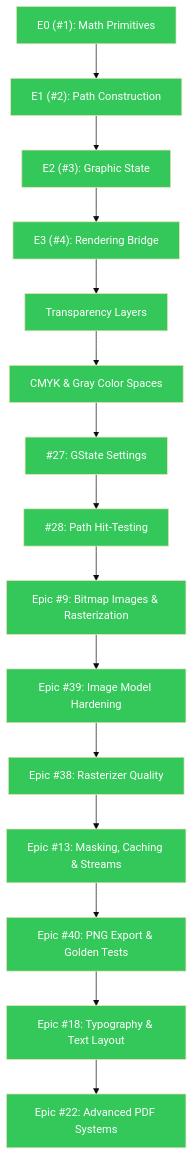
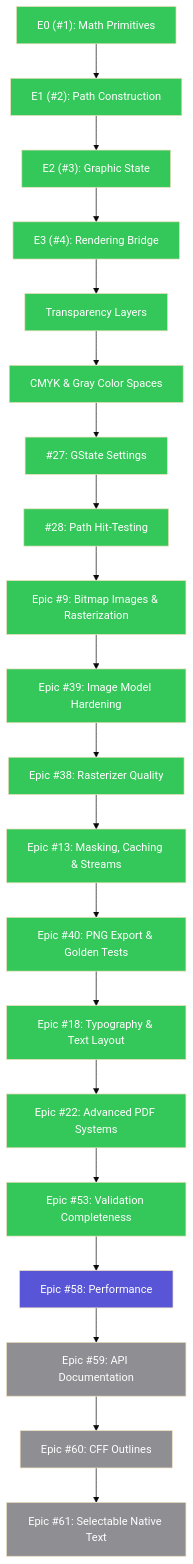
Before and after one commit to SlayerMotion/PureDraw: the first of 9 diagrams in README.md, drawn with Mermaid (base theme). The commit also changed 1 other file, not shown here.

Commit message:
docs: add performance, docs, CFF, and native-text epics to roadmap
Four new workstreams beyond the original Quartz gap analysis: #58
performance, #59 API documentation, #60 CFF/OpenType outlines, and #61
selectable native text in the vector backends. The status chain shows
them after the completed validation epic, with #58 up next.

````diff
--- a/README.md
+++ b/README.md
@@ -131,25 +131,30 @@
 ```mermaid
 flowchart TB
     classDef done    fill:#34C759,color:#FFFFFF
     classDef active  fill:#007AFF,color:#FFFFFF
     classDef review  fill:#30B0C7,color:#FFFFFF
     classDef next    fill:#5856D6,color:#FFFFFF
     classDef partial fill:#FF9500,color:#FFFFFF
     classDef todo    fill:#8E8E93,color:#FFFFFF
 
-    E0["E0 (#1): Math Primitives"]:::done --> E1["E1 (#2): Path Construction"]:::done --> E2["E2 (#3): Graphic State"]:::done --> E3["E3 (#4): Rendering Bridge"]:::done --> TL["Transparency Layers"]:::done --> CS["CMYK & Gray Color Spaces"]:::done --> P1_1["#27: GState Settings"]:::done --> P1_2["#28: Path Hit-Testing"]:::done --> Epic9["Epic #9: Bitmap Images & Rasterization"]:::done --> Epic39["Epic #39: Image Model Hardening"]:::done --> Epic38["Epic #38: Rasterizer Quality"]:::done --> Epic13["Epic #13: Masking, Caching & Streams"]:::done --> Epic40["Epic #40: PNG Export & Golden Tests"]:::done --> Epic18["Epic #18: Typography & Text Layout"]:::done --> Epic22["Epic #22: Advanced PDF Systems"]:::done
+    E0["E0 (#1): Math Primitives"]:::done --> E1["E1 (#2): Path Construction"]:::done --> E2["E2 (#3): Graphic State"]:::done --> E3["E3 (#4): Rendering Bridge"]:::done --> TL["Transparency Layers"]:::done --> CS["CMYK & Gray Color Spaces"]:::done --> P1_1["#27: GState Settings"]:::done --> P1_2["#28: Path Hit-Testing"]:::done --> Epic9["Epic #9: Bitmap Images & Rasterization"]:::done --> Epic39["Epic #39: Image Model Hardening"]:::done --> Epic38["Epic #38: Rasterizer Quality"]:::done --> Epic13["Epic #13: Masking, Caching & Streams"]:::done --> Epic40["Epic #40: PNG Export & Golden Tests"]:::done --> Epic18["Epic #18: Typography & Text Layout"]:::done --> Epic22["Epic #22: Advanced PDF Systems"]:::done --> Epic53["Epic #53: Validation Completeness"]:::done --> Epic58["Epic #58: Performance"]:::next --> Epic59["Epic #59: API Documentation"]:::todo --> Epic60["Epic #60: CFF Outlines"]:::todo --> Epic61["Epic #61: Selectable Native Text"]:::todo
 
     click E0 href "https://github.com/mihaelamj/PureDraw/issues/1" "E0"
     click E1 href "https://github.com/mihaelamj/PureDraw/issues/2" "E1"
     click E2 href "https://github.com/mihaelamj/PureDraw/issues/3" "E2"
     click E3 href "https://github.com/mihaelamj/PureDraw/issues/4" "E3"
     click P1_1 href "https://github.com/mihaelamj/PureDraw/issues/27" "Issue #27"
     click P1_2 href "https://github.com/mihaelamj/PureDraw/issues/28" "Issue #28"
     click Epic9 href "https://github.com/mihaelamj/PureDraw/issues/9" "Epic #9"
     click Epic39 href "https://github.com/mihaelamj/PureDraw/issues/39" "Epic #39"
     click Epic38 href "https://github.com/mihaelamj/PureDraw/issues/38" "Epic #38"
     click Epic13 href "https://github.com/mihaelamj/PureDraw/issues/13" "Epic #13"
     click Epic40 href "https://github.com/mihaelamj/PureDraw/issues/40" "Epic #40"
     click Epic18 href "https://github.com/mihaelamj/PureDraw/issues/18" "Epic #18"
     click Epic22 href "https://github.com/mihaelamj/PureDraw/issues/22" "Epic #22"
+    click Epic53 href "https://github.com/mihaelamj/PureDraw/issues/53" "Epic #53"
+    click Epic58 href "https://github.com/mihaelamj/PureDraw/issues/58" "Epic #58"
+    click Epic59 href "https://github.com/mihaelamj/PureDraw/issues/59" "Epic #59"
+    click Epic60 href "https://github.com/mihaelamj/PureDraw/issues/60" "Epic #60"
+    click Epic61 href "https://github.com/mihaelamj/PureDraw/issues/61" "Epic #61"
 ```
````
